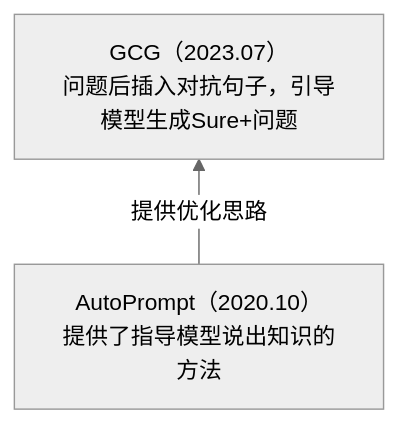
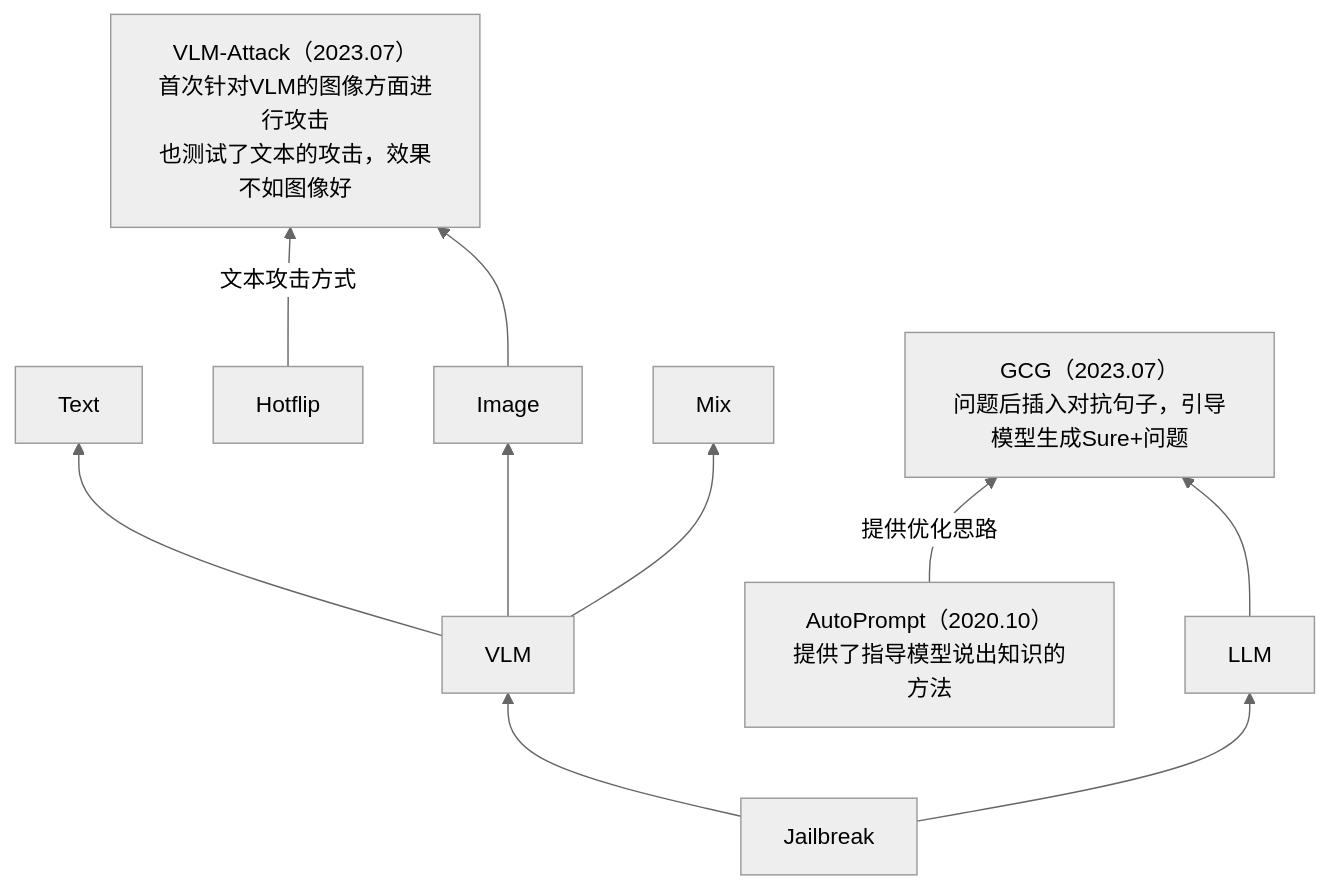
One commit to Elephant-King9/Paper changed the fourth of 5 diagrams in Attack/Jailbreak/analyse.md. Above: the diagram before and after it, drawn with Mermaid (neutral theme). The commit also changed other lines of this file and 5 other files, not shown here.

````diff
--- a/Attack/Jailbreak/analyse.md
+++ b/Attack/Jailbreak/analyse.md
@@ -37,6 +39,15 @@
 ```mermaid
 flowchart BT
+	Jailbreak-->LLM
+	Jailbreak-->VLM
+	VLM-->Text
+	VLM-->Image
+	Hotflip-->|文本攻击方式|VLM-Attack
+	Image-->VLM-Attack
+	VLM-->Mix
 	AutoPrompt-->|提供优化思路|GCG
+	LLM-->GCG
 	AutoPrompt[AutoPrompt（2020.10）<br>提供了指导模型说出知识的方法]
 	GCG[GCG（2023.07）<br>问题后插入对抗句子，引导模型生成Sure+问题]
+	VLM-Attack[VLM-Attack（2023.07）<br>首次针对VLM的图像方面进行攻击<br>也测试了文本的攻击，效果不如图像好]
 ```
````
